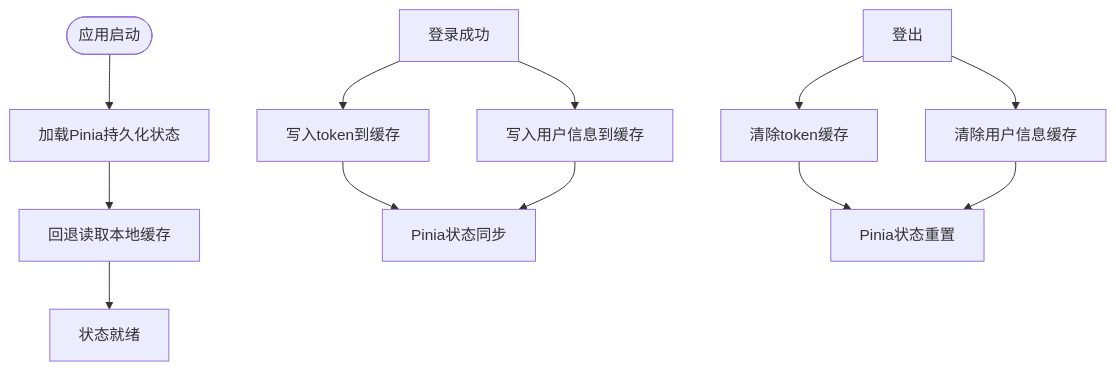
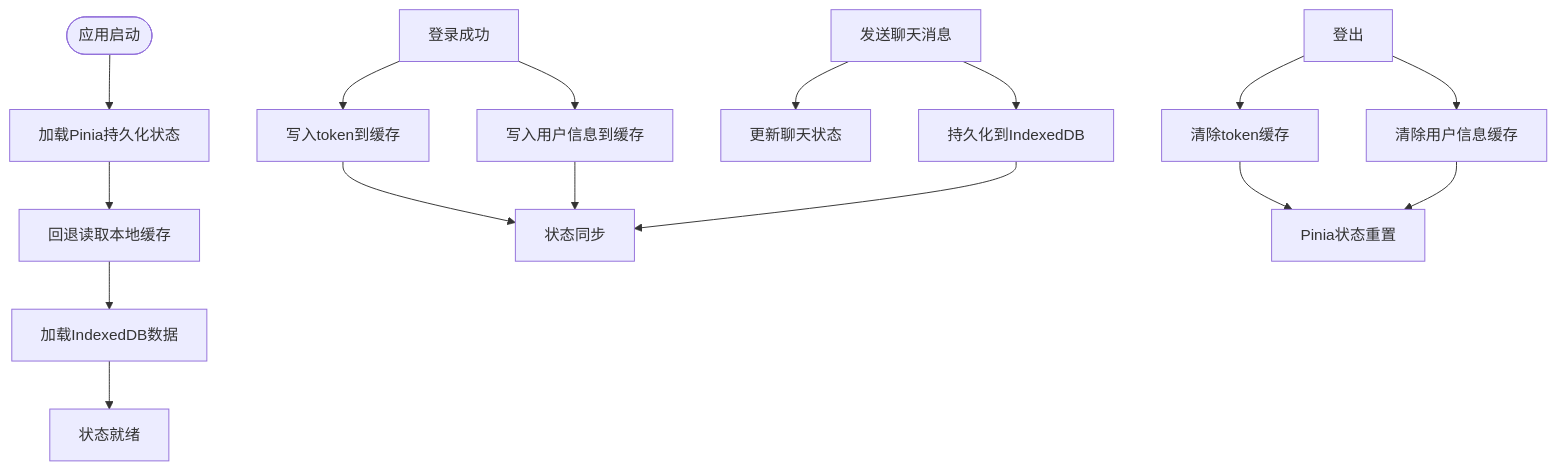
Before and after one commit to giserman001/vue3-vant4-mobile: the ninth of 10 diagrams in .qoder/repowiki/zh/content/核心系统/状态管理系统/状态管理系统.md, drawn with Mermaid. The commit also changed other lines of this file and 17 other files, not shown here.

First line of the commit message:
docs(icon-system): 补充微信风格图标系统文档及架构说明

````diff
--- a/.qoder/repowiki/zh/content/核心系统/状态管理系统/状态管理系统.md
+++ b/.qoder/repowiki/zh/content/核心系统/状态管理系统/状态管理系统.md
@@ -363,14 +488,18 @@
 ```mermaid
 flowchart TD
 Init(["应用启动"]) --> LoadPinia["加载Pinia持久化状态"]
 LoadPinia --> LoadCache["回退读取本地缓存"]
-LoadCache --> Ready["状态就绪"]
+LoadCache --> LoadIndexedDB["加载IndexedDB数据"]
+LoadIndexedDB --> Ready["状态就绪"]
 Login["登录成功"] --> WriteToken["写入token到缓存"]
 Login --> WriteUser["写入用户信息到缓存"]
 WriteToken --> Sync["Pinia状态同步"]
 WriteUser --> Sync
 Logout["登出"] --> ClearToken["清除token缓存"]
 Logout --> ClearUser["清除用户信息缓存"]
 ClearToken --> Reset["Pinia状态重置"]
 ClearUser --> Reset
+ChatMsg["发送聊天消息"] --> UpdateChatState["更新聊天状态"]
+ChatMsg --> PersistToIndexedDB["持久化到IndexedDB"]
+PersistToIndexedDB --> Sync["状态同步"]
 ```
````
